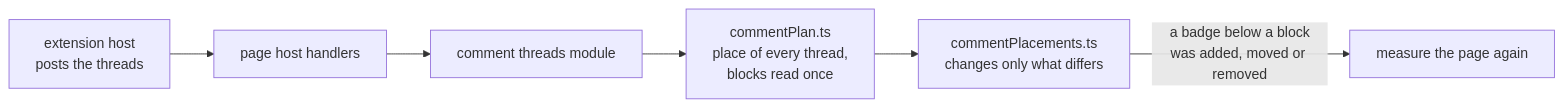
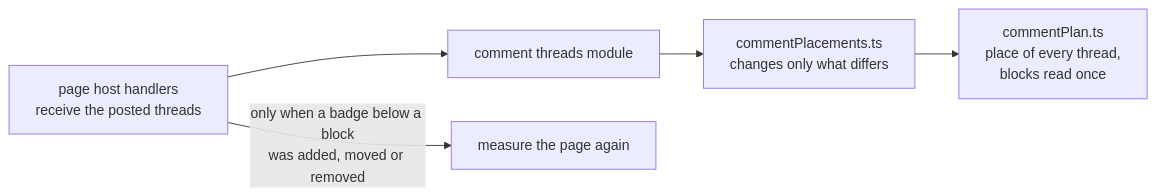
One commit to gsemet/gsemet-foss-planning-surface changed the diagram in projects/markdown-okf-schema-studio/changes/4-batch/2-actives/517-perf-547-comment-update-and-author/work/pr-body.md. Above: the diagram before and after it, drawn with Mermaid. The commit also changed other lines of this file, not shown here.

Commit message:
chantier: markdown-okf-schema-studio: 1 files
projects/markdown-okf-schema-studio/changes/4-batch/2-actives/517-perf-547-comment-update-and-author/work/pr-body.md

````diff
--- a/projects/markdown-okf-schema-studio/changes/4-batch/2-actives/517-perf-547-comment-update-and-author/work/pr-body.md
+++ b/projects/markdown-okf-schema-studio/changes/4-batch/2-actives/517-perf-547-comment-update-and-author/work/pr-body.md
@@ -16,8 +16,7 @@
 ```mermaid
 flowchart LR
-  host[extension host<br/>posts the threads] --> handlers[page host handlers]
-  handlers --> threads[comment threads module]
-  threads --> plan[commentPlan.ts<br/>place of every thread,<br/>blocks read once]
-  plan --> place[commentPlacements.ts<br/>changes only what differs]
-  place -->|a badge below a block<br/>was added, moved or removed| measure[measure the page again]
+  handlers[page host handlers<br/>receive the posted threads] --> threads[comment threads module]
+  threads --> place[commentPlacements.ts<br/>changes only what differs]
+  place --> plan[commentPlan.ts<br/>place of every thread,<br/>blocks read once]
+  handlers -->|only when a badge below a block<br/>was added, moved or removed| measure[measure the page again]
 ```
````
